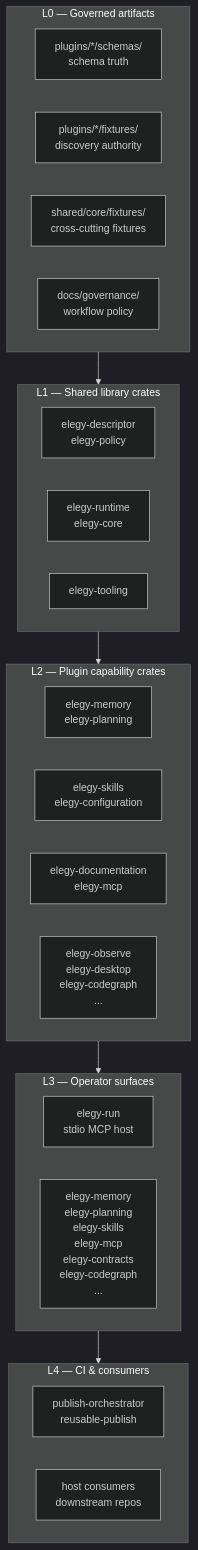
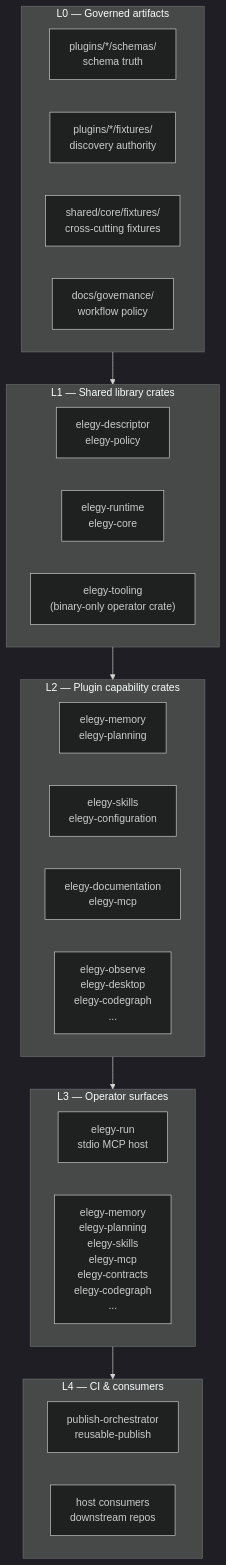
Before and after one commit to Sofreshx/Elegy: the third of 3 diagrams in docs/architecture/ecosystem-topology.md, drawn with Mermaid (dark theme). The commit also changed other lines of this file and 49 other files, not shown here.

````diff
--- a/docs/architecture/ecosystem-topology.md
+++ b/docs/architecture/ecosystem-topology.md
@@ -210,37 +210,37 @@
 ```mermaid
 flowchart TB
     subgraph L0["L0 — Governed artifacts"]
         schemas["plugins/*/schemas/\nschema truth"]
         fixtures_l0["plugins/*/fixtures/\ndiscovery authority"]
         crosscuts_l0["shared/core/fixtures/\ncross-cutting fixtures"]
         policy["docs/governance/\nworkflow policy"]
     end
 
     subgraph L1["L1 — Shared library crates"]
         contracts["elegy-descriptor\nelegy-policy"]
         runtime["elegy-runtime\nelegy-core"]
-        tooling["elegy-tooling"]
+        tooling["elegy-tooling\n(binary-only operator crate)"]
     end
 
     subgraph L2["L2 — Plugin capability crates"]
         memory["elegy-memory\nelegy-planning"]
         skills["elegy-skills\nelegy-configuration"]
         docs_feat["elegy-documentation\nelegy-mcp"]
         other["elegy-observe\nelegy-desktop\nelegy-codegraph\n..."]
     end
 
     subgraph L3["L3 — Operator surfaces"]
         run["elegy-run\nstdio MCP host"]
         dedicated["elegy-memory\nelegy-planning\nelegy-skills\nelegy-mcp\nelegy-contracts\nelegy-codegraph\n..."]
     end
 
     subgraph L4["L4 — CI & consumers"]
         ci["publish-orchestrator\nreusable-publish"]
         consumers["host consumers\ndownstream repos"]
     end
 
     L0 --> L1
     L1 --> L2
     L2 --> L3
     L3 --> L4
 ```
````
